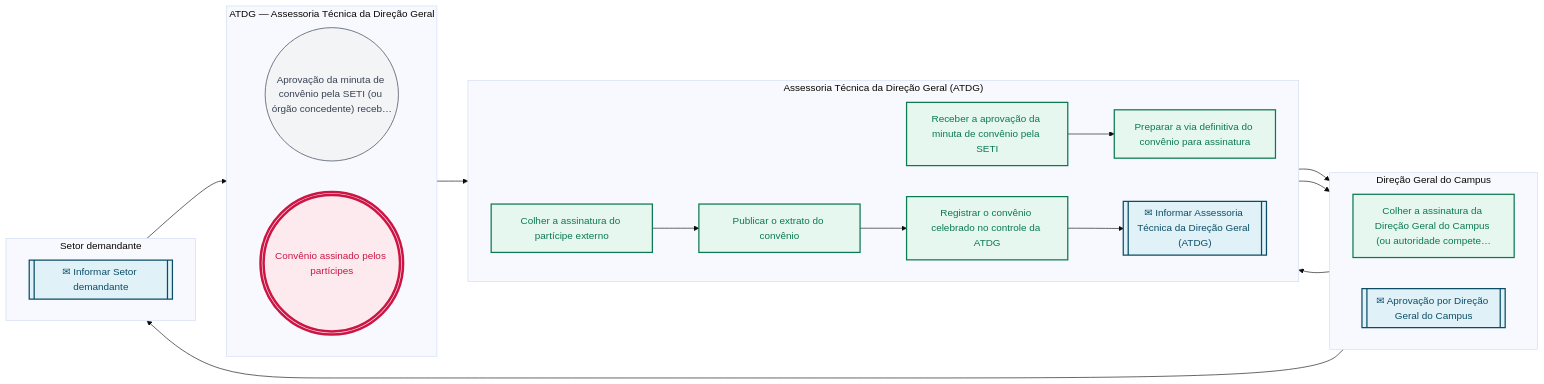
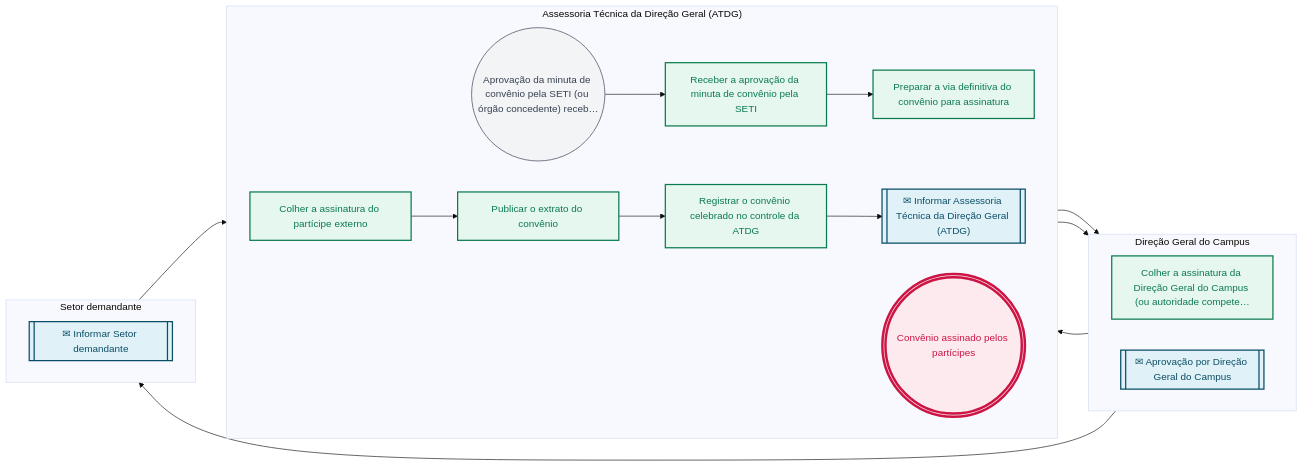
Before and after one commit to jessefers/canvas-vivo-atdg: the second of 2 diagrams in pops/CON/CON-02.md, drawn with Mermaid (base theme). The commit also changed other lines of this file and 107 other files, not shown here.

````diff
--- a/pops/CON/CON-02.md
+++ b/pops/CON/CON-02.md
@@ -153,46 +153,43 @@
 ```mermaid
 flowchart LR
-  subgraph R1["ATDG — Assessoria Técnica da Direção Geral"]
+  subgraph R1["Assessoria Técnica da Direção Geral (ATDG)"]
     direction LR
     e1(("Aprovação da minuta de convênio pela SETI (ou órgão concedente) receb…"))
-    e11((("Convênio assinado pelos partícipes")))
-  end
-  subgraph R2["Assessoria Técnica da Direção Geral (ATDG)"]
-    direction LR
     e2["Receber a aprovação da minuta de convênio pela SETI"]
     e3["Preparar a via definitiva do convênio para assinatura"]
     e5["Colher a assinatura do partícipe externo"]
     e6["Publicar o extrato do convênio"]
     e7["Registrar o convênio celebrado no controle da ATDG"]
     e8[["✉ Informar Assessoria Técnica da Direção Geral (ATDG)"]]
+    e11((("Convênio assinado pelos partícipes")))
   end
-  subgraph R3["Direção Geral do Campus"]
+  subgraph R2["Direção Geral do Campus"]
     direction LR
     e4["Colher a assinatura da Direção Geral do Campus (ou autoridade compete…"]
     e9[["✉ Aprovação por Direção Geral do Campus"]]
   end
-  subgraph R4["Setor demandante"]
+  subgraph R3["Setor demandante"]
     direction LR
     e10[["✉ Informar Setor demandante"]]
   end
   e1 --> e2
   e2 --> e3
   e3 --> e4
   e4 --> e5
   e5 --> e6
   e6 --> e7
   e7 --> e8
   e8 --> e9
   e9 --> e10
   e10 --> e11
   classDef inicio fill:#f3f4f6,stroke:#6b7280,stroke-width:1.5px,color:#374151
   classDef atividade fill:#E6F7F0,stroke:#0B7A4E,stroke-width:2px,color:#0B7A4E
   classDef decisao fill:#FFF4ED,stroke:#C9783A,stroke-width:2px,color:#C9783A
   classDef fim fill:#FDEAEE,stroke:#CC1544,stroke-width:4px,color:#CC1544
   classDef pausa fill:#FDEAEE,stroke:#CC1544,stroke-width:2px,color:#CC1544
   classDef captura fill:#E0F2F8,stroke:#0B4D66,stroke-width:2px,color:#0B4D66
   class e1 inicio
   class e2,e3,e4,e5,e6,e7 atividade
   class e8,e9,e10 captura
   class e11 fim
 ```
````
